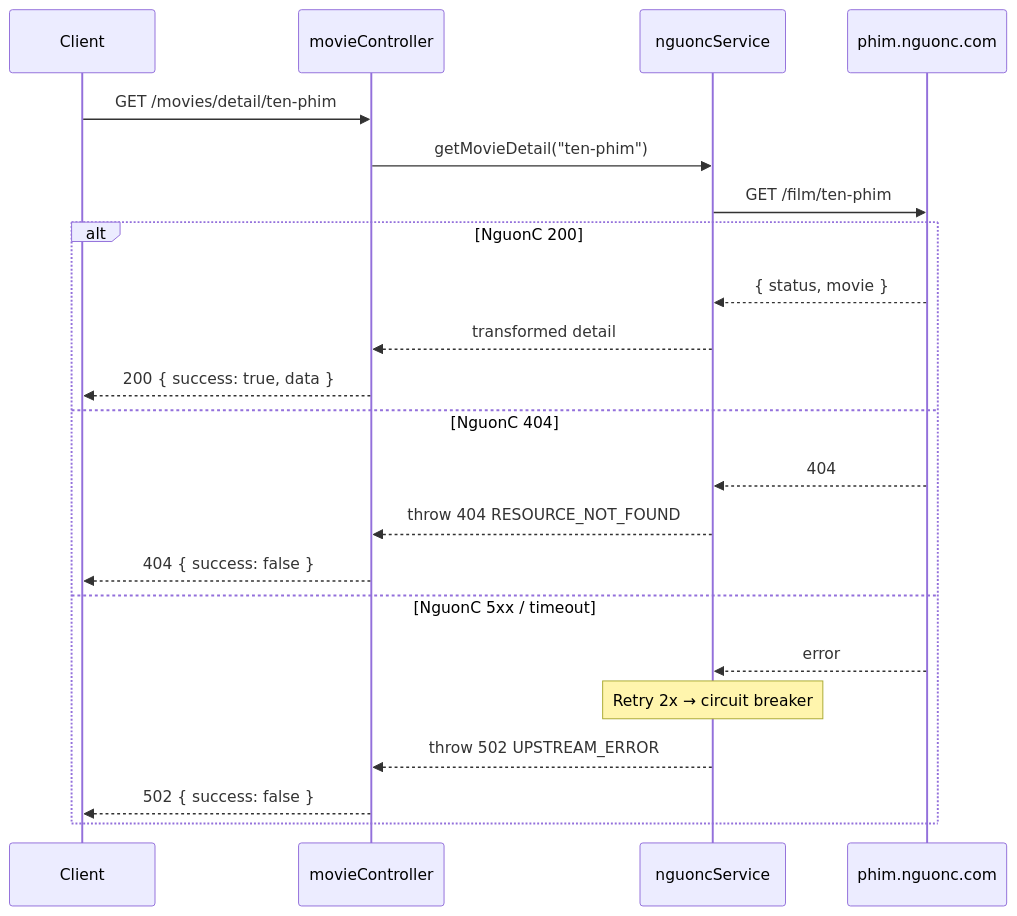
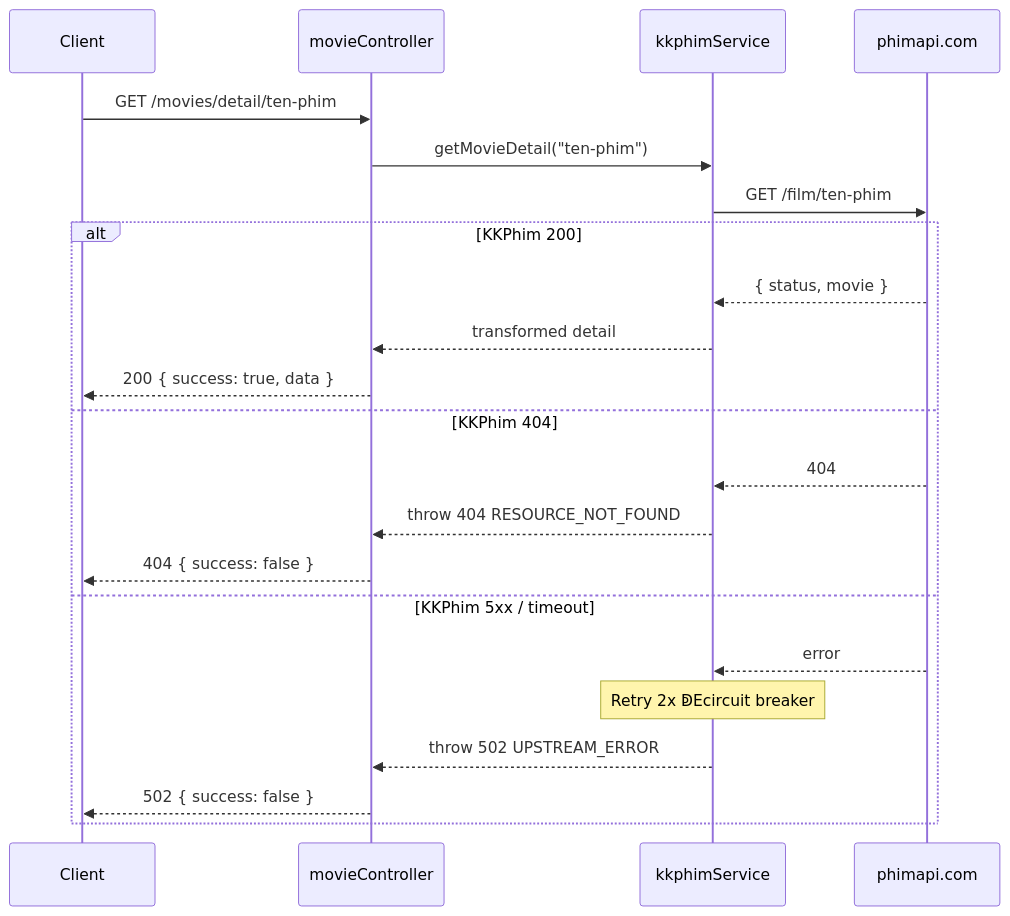
One commit to nan-ntn36/anime3d-chill changed the third of 3 diagrams in document/phase-2/day06-movie-routes-code.md. Above: the diagram before and after it, drawn with Mermaid. The commit also changed other lines of this file and 29 other files, not shown here.

````diff
--- a/document/phase-2/day06-movie-routes-code.md
+++ b/document/phase-2/day06-movie-routes-code.md
@@ -51,25 +51,25 @@
 ```mermaid
 sequenceDiagram
     participant Client
     participant Ctrl as movieController
-    participant Svc as nguoncService
-    participant API as phim.nguonc.com
+    participant Svc as kkphimService
+    participant API as phimapi.com
 
     Client->>Ctrl: GET /movies/detail/ten-phim
     Ctrl->>Svc: getMovieDetail("ten-phim")
     Svc->>API: GET /film/ten-phim
-    alt NguonC 200
+    alt KKPhim 200
         API-->>Svc: { status, movie }
         Svc-->>Ctrl: transformed detail
         Ctrl-->>Client: 200 { success: true, data }
-    else NguonC 404
+    else KKPhim 404
         API-->>Svc: 404
         Svc-->>Ctrl: throw 404 RESOURCE_NOT_FOUND
         Ctrl-->>Client: 404 { success: false }
-    else NguonC 5xx / timeout
+    else KKPhim 5xx / timeout
         API-->>Svc: error
-        Note over Svc: Retry 2x → circuit breaker
+        Note over Svc: Retry 2x ↁEcircuit breaker
         Svc-->>Ctrl: throw 502 UPSTREAM_ERROR
         Ctrl-->>Client: 502 { success: false }
     end
 ```
````
